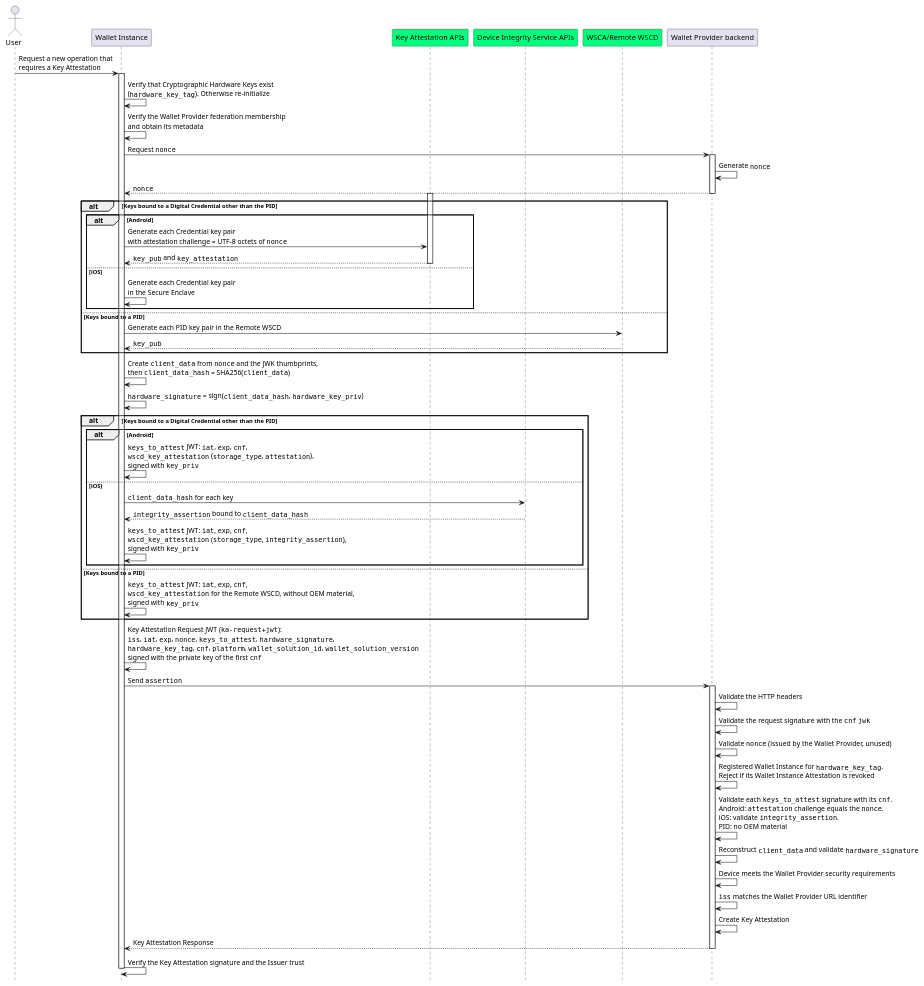
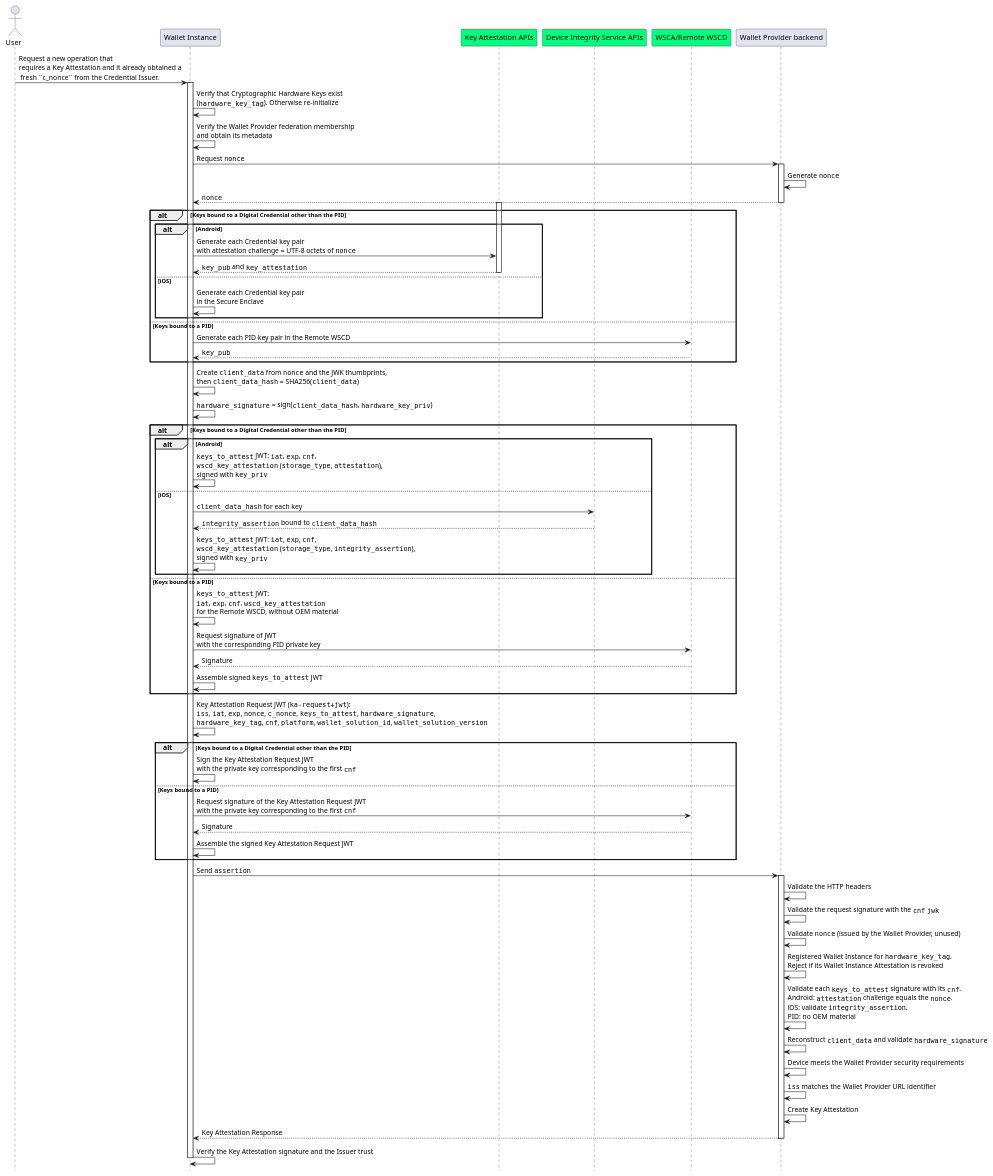
The diagram in docs/it/plantuml/wallet-attestation-issuance.puml (italia/eid-wallet-it-docs), drawn with PlantUML before and after one commit. The commit also changed 4 other files, not shown here.

```diff
--- a/docs/it/plantuml/wallet-attestation-issuance.puml
+++ b/docs/it/plantuml/wallet-attestation-issuance.puml
@@ -1,91 +1,106 @@
-@startuml Emissione della Key Attestation
+@startuml
 hide footbox
 
 'Participants
 actor "User" as user
 participant "Wallet Instance" as app
 participant "Key Attestation APIs" as kats #springgreen
 participant "Device Integrity Service APIs" as aats #springgreen
 participant "WSCA/Remote WSCD" as wsca #springgreen
 participant "Wallet Provider backend" as bck
 
-user->app: Request a new operation that\nrequires a Key Attestation
+user->app: Request a new operation that\nrequires a Key Attestation and it already obtained a\n fresh ``c_nonce`` from the Credential Issuer.
 activate app
 
 app->app: Verify that Cryptographic Hardware Keys exist\n(""hardware_key_tag""). Otherwise re-initialize
 
 app->app: Verify the Wallet Provider federation membership\nand obtain its metadata
 
 app->bck: Request ""nonce""
 activate bck
 bck->bck: Generate ""nonce""
 bck-->app: ""nonce""
 deactivate bck
 
 alt Keys bound to a Digital Credential other than the PID
 
 alt Android
 
 activate kats
 app->kats: Generate each Credential key pair\nwith attestation challenge = UTF-8 octets of ""nonce""
 kats-->app: ""key_pub"" and ""key_attestation""
 deactivate kats
 
 else iOS
 
 app->app: Generate each Credential key pair\nin the Secure Enclave
 
 end
 
 else Keys bound to a PID
 
 app->wsca: Generate each PID key pair in the Remote WSCD
 wsca-->app: ""key_pub""
 
 end
 
 app->app: Create ""client_data"" from ""nonce"" and the JWK thumbprints,\nthen ""client_data_hash"" = SHA256(""client_data"")
 
 app->app: ""hardware_signature"" = sign(""client_data_hash"", ""hardware_key_priv"")
 
 alt Keys bound to a Digital Credential other than the PID
 
 alt Android
 
 app->app: ""keys_to_attest"" JWT: ""iat"", ""exp"", ""cnf"",\n""wscd_key_attestation"" (""storage_type"", ""attestation""),\nsigned with ""key_priv""
 
 else iOS
 
 app->aats: ""client_data_hash"" for each key
 aats-->app: ""integrity_assertion"" bound to ""client_data_hash""
 app->app: ""keys_to_attest"" JWT: ""iat"", ""exp"", ""cnf"",\n""wscd_key_attestation"" (""storage_type"", ""integrity_assertion""),\nsigned with ""key_priv""
 
 end
 
 else Keys bound to a PID
 
-app->app: ""keys_to_attest"" JWT: ""iat"", ""exp"", ""cnf"",\n""wscd_key_attestation"" for the Remote WSCD, without OEM material,\nsigned with ""key_priv""
+app->app: ""keys_to_attest"" JWT:\n""iat"", ""exp"", ""cnf"", ""wscd_key_attestation""\nfor the Remote WSCD, without OEM material
+app->wsca: Request signature of JWT\nwith the corresponding PID private key
+wsca-->app: Signature
+app->app: Assemble signed ""keys_to_attest"" JWT
 
 end
 
-app->app: Key Attestation Request JWT (""ka-request+jwt""):\n""iss"", ""iat"", ""exp"", ""nonce"", ""keys_to_attest"", ""hardware_signature"",\n""hardware_key_tag"", ""cnf"", ""platform"", ""wallet_solution_id"", ""wallet_solution_version""\nsigned with the private key of the first ""cnf""
+app->app: Key Attestation Request JWT (""ka-request+jwt""):\n""iss"", ""iat"", ""exp"", ""nonce"", ""c_nonce"", ""keys_to_attest"", ""hardware_signature"",\n""hardware_key_tag"", ""cnf"", ""platform"", ""wallet_solution_id"", ""wallet_solution_version""
+
+alt Keys bound to a Digital Credential other than the PID
+
+app->app: Sign the Key Attestation Request JWT\nwith the private key corresponding to the first ""cnf""
+
+else Keys bound to a PID
+
+app->wsca: Request signature of the Key Attestation Request JWT\nwith the private key corresponding to the first ""cnf""
+wsca-->app: Signature
+app->app: Assemble the signed Key Attestation Request JWT
+
+end
 app->bck: Send ""assertion""
 activate bck
 
 bck->bck: Validate the HTTP headers
 bck->bck: Validate the request signature with the ""cnf"" ""jwk""
 bck->bck: Validate ""nonce"" (issued by the Wallet Provider, unused)
 bck->bck: Registered Wallet Instance for ""hardware_key_tag"".\nReject if its Wallet Instance Attestation is revoked
 bck->bck: Validate each ""keys_to_attest"" signature with its ""cnf"".\nAndroid: ""attestation"" challenge equals the ""nonce"".\niOS: validate ""integrity_assertion"".\nPID: no OEM material
 bck->bck: Reconstruct ""client_data"" and validate ""hardware_signature""
 bck->bck: Device meets the Wallet Provider security requirements
 bck->bck: ""iss"" matches the Wallet Provider URL identifier
 bck->bck: Create Key Attestation
 
 bck-->app: Key Attestation Response
 deactivate bck
 
 app->app: Verify the Key Attestation signature and the Issuer trust
 
 deactivate app
 @enduml
```
